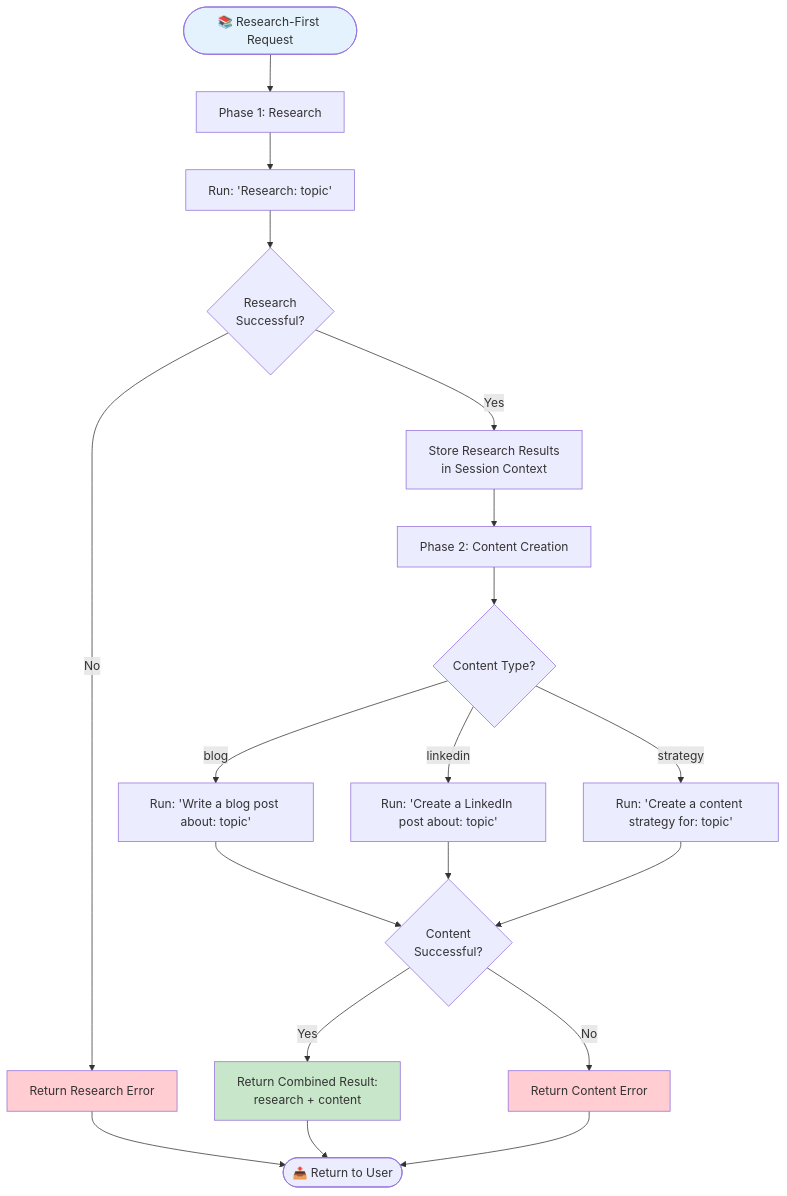
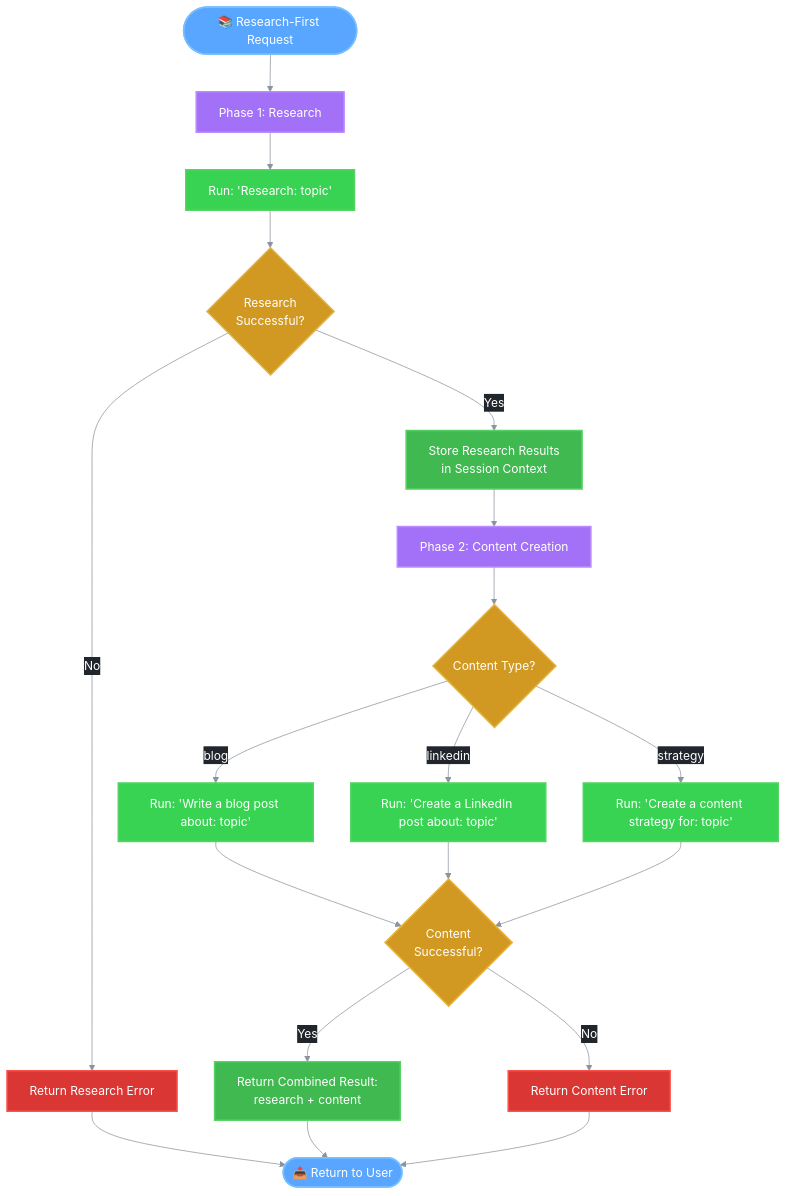
The diagram in docs/architecture/08_research_workflow.md (jayanthanantharaman/reach), drawn with Mermaid before and after one commit. The commit also changed 10 other files, not shown here.

Commit message:
REACH - Update mermaid diagrams

````diff
--- a/docs/architecture/08_research_workflow.md
+++ b/docs/architecture/08_research_workflow.md
@@ -15,34 +15,46 @@
 ```mermaid
+%%{init: {'theme': 'base', 'themeVariables': { 'primaryColor': '#58a6ff', 'primaryTextColor': '#ffffff', 'primaryBorderColor': '#58a6ff', 'lineColor': '#8b949e', 'secondaryColor': '#21262d', 'tertiaryColor': '#161b22', 'background': '#0d1117'}}}%%
 flowchart TD
     START([📚 Research-First Request]) --> RESEARCH_PHASE[Phase 1: Research]
     
     RESEARCH_PHASE --> RUN_RESEARCH[Run: 'Research: topic']
     RUN_RESEARCH --> RESEARCH_SUCCESS{Research<br/>Successful?}
     
     RESEARCH_SUCCESS -->|No| RETURN_ERROR[Return Research Error]
     RESEARCH_SUCCESS -->|Yes| STORE_RESEARCH[Store Research Results<br/>in Session Context]
     
     STORE_RESEARCH --> CONTENT_PHASE[Phase 2: Content Creation]
     
     CONTENT_PHASE --> SELECT_TYPE{Content Type?}
     SELECT_TYPE -->|blog| BLOG_PROMPT[Run: 'Write a blog post about: topic']
     SELECT_TYPE -->|linkedin| LINKEDIN_PROMPT[Run: 'Create a LinkedIn post about: topic']
     SELECT_TYPE -->|strategy| STRATEGY_PROMPT[Run: 'Create a content strategy for: topic']
     
     BLOG_PROMPT --> CONTENT_RESULT
     LINKEDIN_PROMPT --> CONTENT_RESULT
     STRATEGY_PROMPT --> CONTENT_RESULT
     
     CONTENT_RESULT{Content<br/>Successful?}
     CONTENT_RESULT -->|Yes| RETURN_COMBINED[Return Combined Result:<br/>research + content]
     CONTENT_RESULT -->|No| RETURN_CONTENT_ERROR[Return Content Error]
     
-    RETURN_ERROR --> END([📤 Return to User])
-    RETURN_COMBINED --> END
-    RETURN_CONTENT_ERROR --> END
+    RETURN_ERROR --> END_STATE([📤 Return to User])
+    RETURN_COMBINED --> END_STATE
+    RETURN_CONTENT_ERROR --> END_STATE
 
-    style START fill:#e3f2fd
-    style RETURN_COMBINED fill:#c8e6c9
-    style RETURN_ERROR fill:#ffcdd2
-    style RETURN_CONTENT_ERROR fill:#ffcdd2
+    style START fill:#58a6ff,stroke:#79c0ff,stroke-width:2px,color:#ffffff
+    style RESEARCH_PHASE fill:#a371f7,stroke:#bc8cff,stroke-width:2px,color:#ffffff
+    style RUN_RESEARCH fill:#39d353,stroke:#56d364,stroke-width:2px,color:#ffffff
+    style RESEARCH_SUCCESS fill:#d29922,stroke:#e3b341,stroke-width:2px,color:#ffffff
+    style RETURN_ERROR fill:#da3633,stroke:#f85149,stroke-width:2px,color:#ffffff
+    style STORE_RESEARCH fill:#3fb950,stroke:#56d364,stroke-width:2px,color:#ffffff
+    style CONTENT_PHASE fill:#a371f7,stroke:#bc8cff,stroke-width:2px,color:#ffffff
+    style SELECT_TYPE fill:#d29922,stroke:#e3b341,stroke-width:2px,color:#ffffff
+    style BLOG_PROMPT fill:#39d353,stroke:#56d364,stroke-width:2px,color:#ffffff
+    style LINKEDIN_PROMPT fill:#39d353,stroke:#56d364,stroke-width:2px,color:#ffffff
+    style STRATEGY_PROMPT fill:#39d353,stroke:#56d364,stroke-width:2px,color:#ffffff
+    style CONTENT_RESULT fill:#d29922,stroke:#e3b341,stroke-width:2px,color:#ffffff
+    style RETURN_COMBINED fill:#3fb950,stroke:#56d364,stroke-width:2px,color:#ffffff
+    style RETURN_CONTENT_ERROR fill:#da3633,stroke:#f85149,stroke-width:2px,color:#ffffff
+    style END_STATE fill:#58a6ff,stroke:#79c0ff,stroke-width:2px,color:#ffffff
 ```
````
